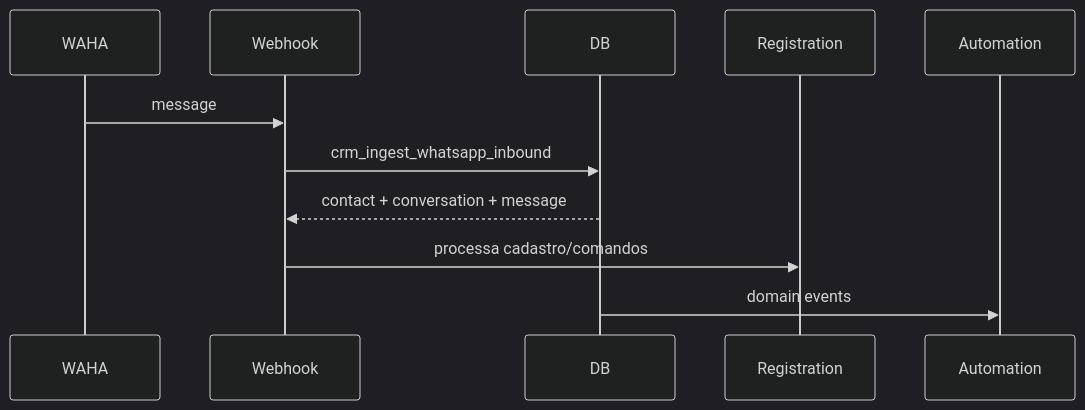
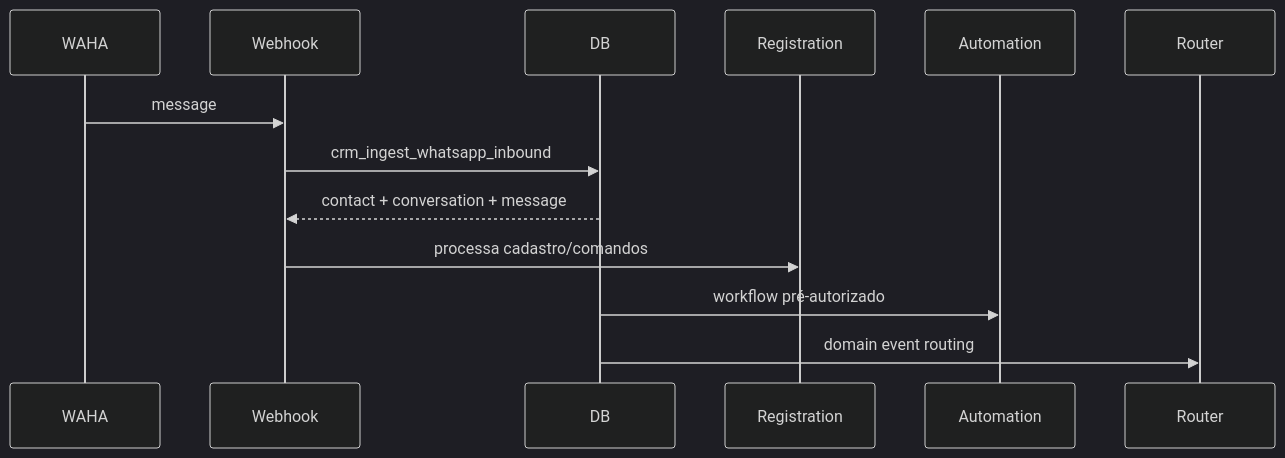
One commit to andreydecorvital-sudo/CRM changed the second of 6 diagrams in docs/SYSTEM_MAP.md. Above: the diagram before and after it, drawn with Mermaid (dark theme). The commit also changed other lines of this file and 22 other files, not shown here.

Commit message:
feat: add governed CRM event router

````diff
--- a/docs/SYSTEM_MAP.md
+++ b/docs/SYSTEM_MAP.md
@@ -68,14 +68,15 @@
 ```mermaid
 sequenceDiagram
   participant WAHA
   participant Webhook
   participant DB
   participant Registration
   participant Automation
 
   WAHA->>Webhook: message
   Webhook->>DB: crm_ingest_whatsapp_inbound
   DB-->>Webhook: contact + conversation + message
   Webhook->>Registration: processa cadastro/comandos
-  DB->>Automation: domain events
+  DB->>Automation: workflow pré-autorizado
+  DB->>Router: domain event routing
 ```
````
